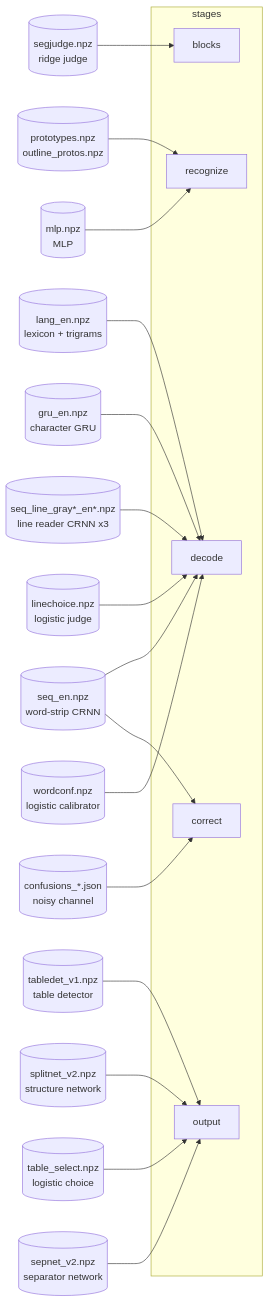
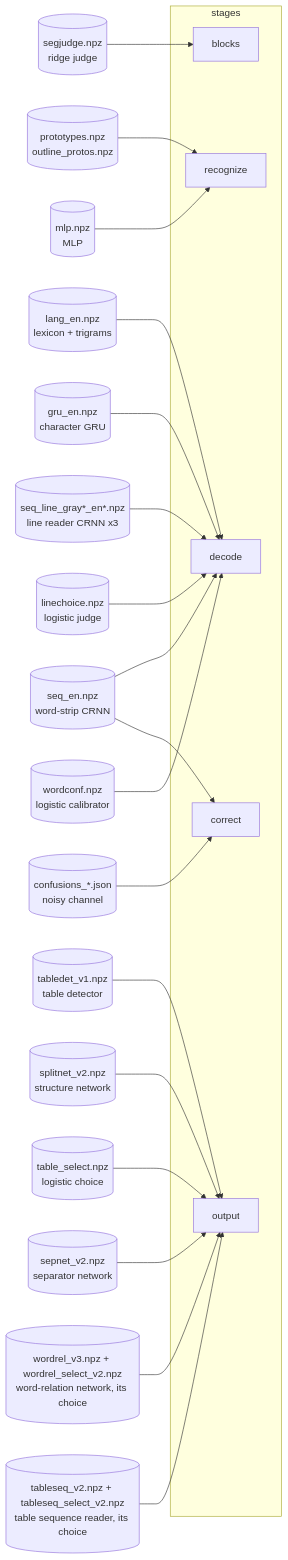
Before and after one commit to msharpe248/mlws-ocr: the seventh of 13 diagrams in docs/ARCHITECTURE.md, drawn with Mermaid. The commit also changed other lines of this file and 17 other files, not shown here.

````diff
--- a/docs/ARCHITECTURE.md
+++ b/docs/ARCHITECTURE.md
@@ -319,25 +319,27 @@
 ```mermaid
 flowchart LR
     subgraph stagesL[stages]
         blocksS[blocks]
         recS[recognize]
         decS[decode]
         corS[correct]
         outS[output]
     end
     segjudge[(segjudge.npz<br/>ridge judge)] --> blocksS
     protos[(prototypes.npz<br/>outline_protos.npz)] --> recS
     mlp[(mlp.npz<br/>MLP)] --> recS
     lang[(lang_en.npz<br/>lexicon + trigrams)] --> decS
     gru[(gru_en.npz<br/>character GRU)] --> decS
     seq[(seq_en.npz<br/>word-strip CRNN)] --> decS
     line[(seq_line_gray*_en*.npz<br/>line reader CRNN x3)] --> decS
     lchoice[(linechoice.npz<br/>logistic judge)] --> decS
     wconf[(wordconf.npz<br/>logistic calibrator)] --> decS
     conf[(confusions_*.json<br/>noisy channel)] --> corS
     seq --> corS
     det[(tabledet_v1.npz<br/>table detector)] --> outS
     split[(splitnet_v2.npz<br/>structure network)] --> outS
     sel[(table_select.npz<br/>logistic choice)] --> outS
     sep[(sepnet_v2.npz<br/>separator network)] --> outS
+    wrel[(wordrel_v3.npz + wordrel_select_v2.npz<br/>word-relation network, its choice)] --> outS
+    tseq[(tableseq_v2.npz + tableseq_select_v2.npz<br/>table sequence reader, its choice)] --> outS
 ```
````
